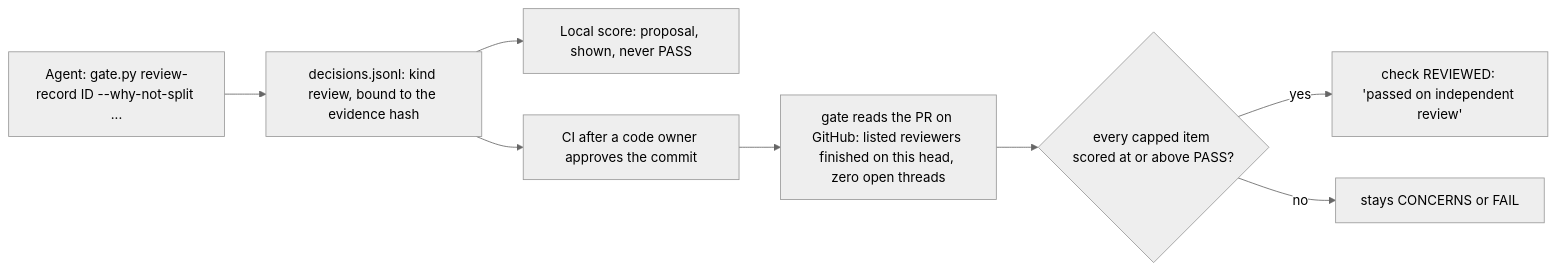
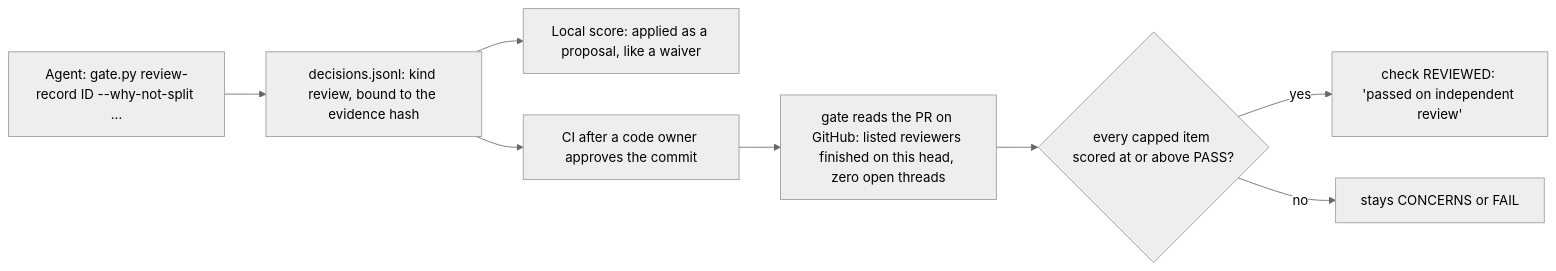
The diagram in docs/decisions/2026-10-24-independent-review-record.md (SathiaAI/story-gate), drawn with Mermaid (neutral theme) before and after one commit. The commit also changed other lines of this file and 6 other files, not shown here.

First line of the commit message:
Review record: exact bot reviewers, latest review decides, author excluded, Codex summary only, local proposal, CI-only summary; tests ignore the runner's base branch

````diff
--- a/docs/decisions/2026-10-24-independent-review-record.md
+++ b/docs/decisions/2026-10-24-independent-review-record.md
@@ -30,10 +30,10 @@
 ```mermaid
 flowchart LR
   A[Agent: gate.py review-record ID --why-not-split ...] --> R[decisions.jsonl: kind review, bound to the evidence hash]
-  R --> L[Local score: proposal, shown, never PASS]
+  R --> L[Local score: applied as a proposal, like a waiver]
   R --> C[CI after a code owner approves the commit]
   C --> G[gate reads the PR on GitHub: listed reviewers finished on this head, zero open threads]
   G --> V{every capped item scored at or above PASS?}
   V -- yes --> P[check REVIEWED: 'passed on independent review']
   V -- no --> K[stays CONCERNS or FAIL]
 ```
````
